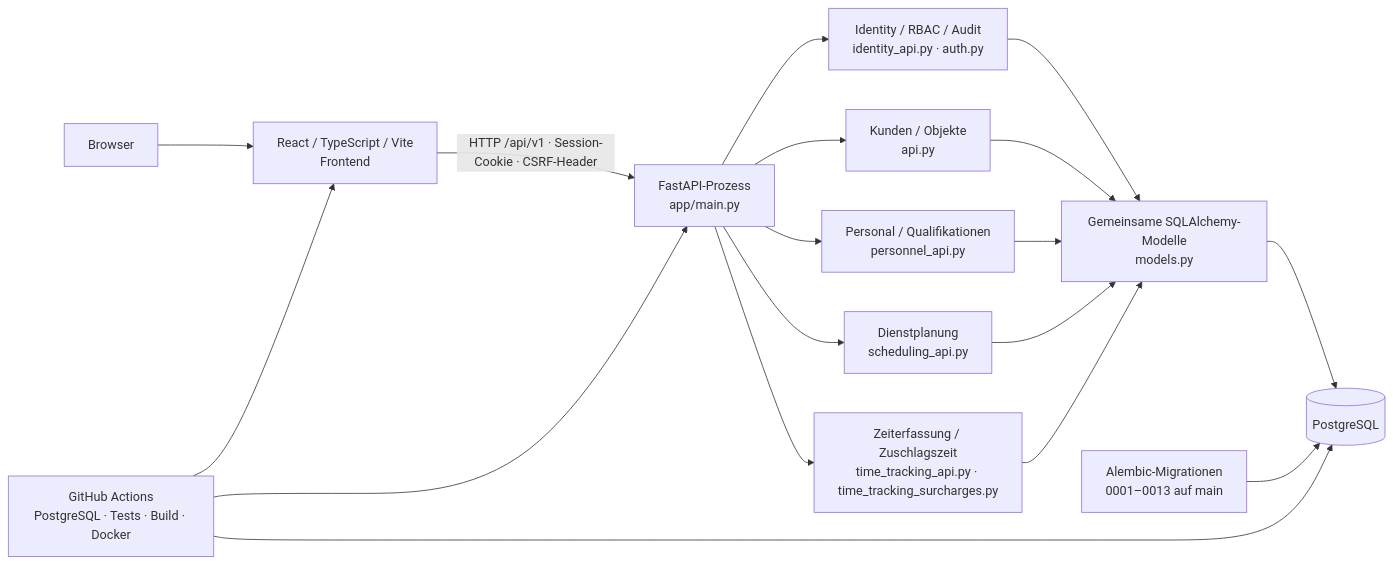
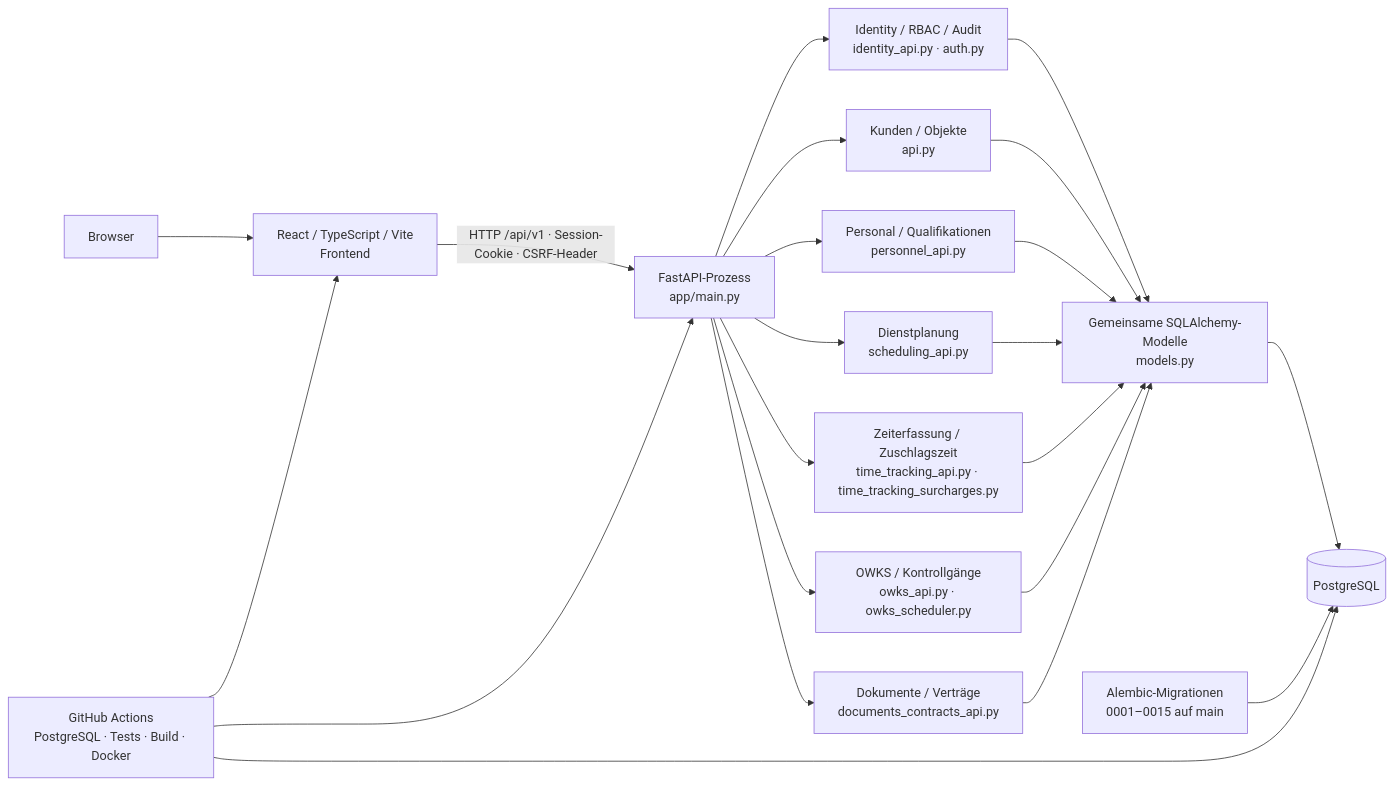
One commit to Debugger-alex/securityops-python changed the diagram in docs/ARCHITECTURE.md. Above: the diagram before and after it, drawn with Mermaid. The commit also changed other lines of this file and 11 other files, not shown here.

Commit message:
docs: synchronize status after OWKS and contracts merge

````diff
--- a/docs/ARCHITECTURE.md
+++ b/docs/ARCHITECTURE.md
@@ -7,32 +7,38 @@
 ```mermaid
 flowchart LR
     Browser["Browser"]
     UI["React / TypeScript / Vite<br/>Frontend"]
     API["FastAPI-Prozess<br/>app/main.py"]
     Identity["Identity / RBAC / Audit<br/>identity_api.py · auth.py"]
     Customer["Kunden / Objekte<br/>api.py"]
     People["Personal / Qualifikationen<br/>personnel_api.py"]
     Scheduling["Dienstplanung<br/>scheduling_api.py"]
     Time["Zeiterfassung / Zuschlagszeit<br/>time_tracking_api.py · time_tracking_surcharges.py"]
+    OWKS["OWKS / Kontrollgänge<br/>owks_api.py · owks_scheduler.py"]
+    Docs["Dokumente / Verträge<br/>documents_contracts_api.py"]
     Models["Gemeinsame SQLAlchemy-Modelle<br/>models.py"]
     DB[("PostgreSQL")]
-    Migrations["Alembic-Migrationen<br/>0001–0013 auf main"]
+    Migrations["Alembic-Migrationen<br/>0001–0015 auf main"]
     CI["GitHub Actions<br/>PostgreSQL · Tests · Build · Docker"]
     Browser --> UI
     UI -->|"HTTP /api/v1 · Session-Cookie · CSRF-Header"| API
     API --> Identity
     API --> Customer
     API --> People
     API --> Scheduling
     API --> Time
+    API --> OWKS
+    API --> Docs
     Identity --> Models
     Customer --> Models
     People --> Models
     Scheduling --> Models
     Time --> Models
+    OWKS --> Models
+    Docs --> Models
     Models --> DB
     Migrations --> DB
     CI --> API
     CI --> UI
     CI --> DB
 ```
````
